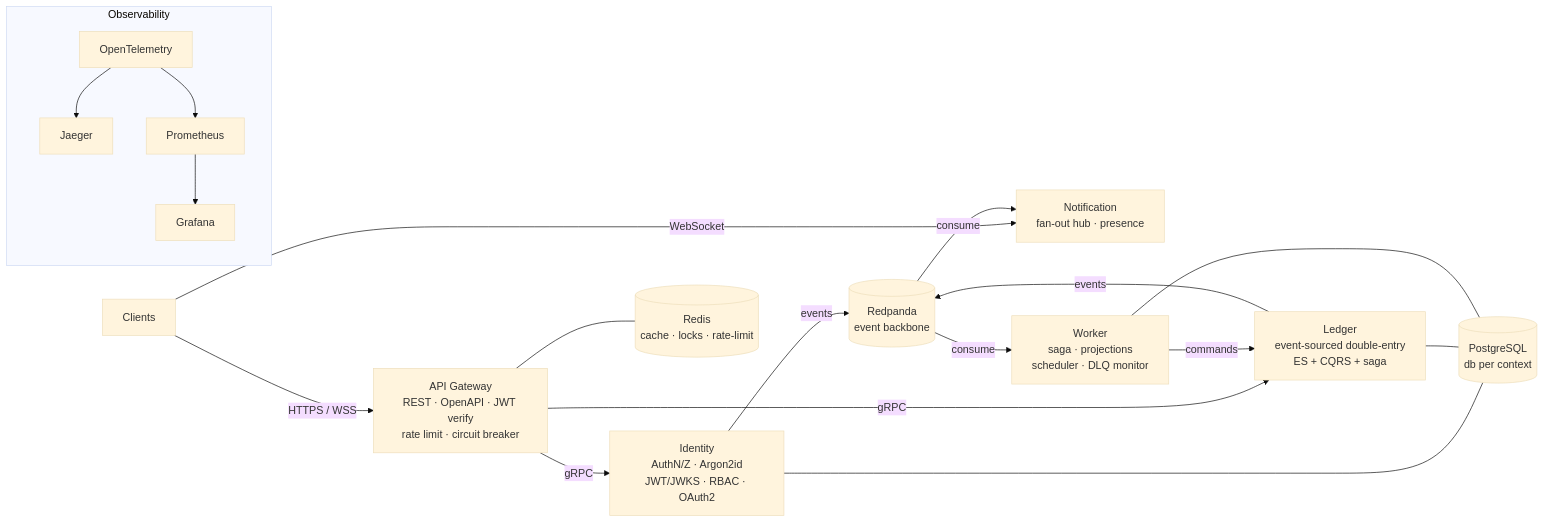
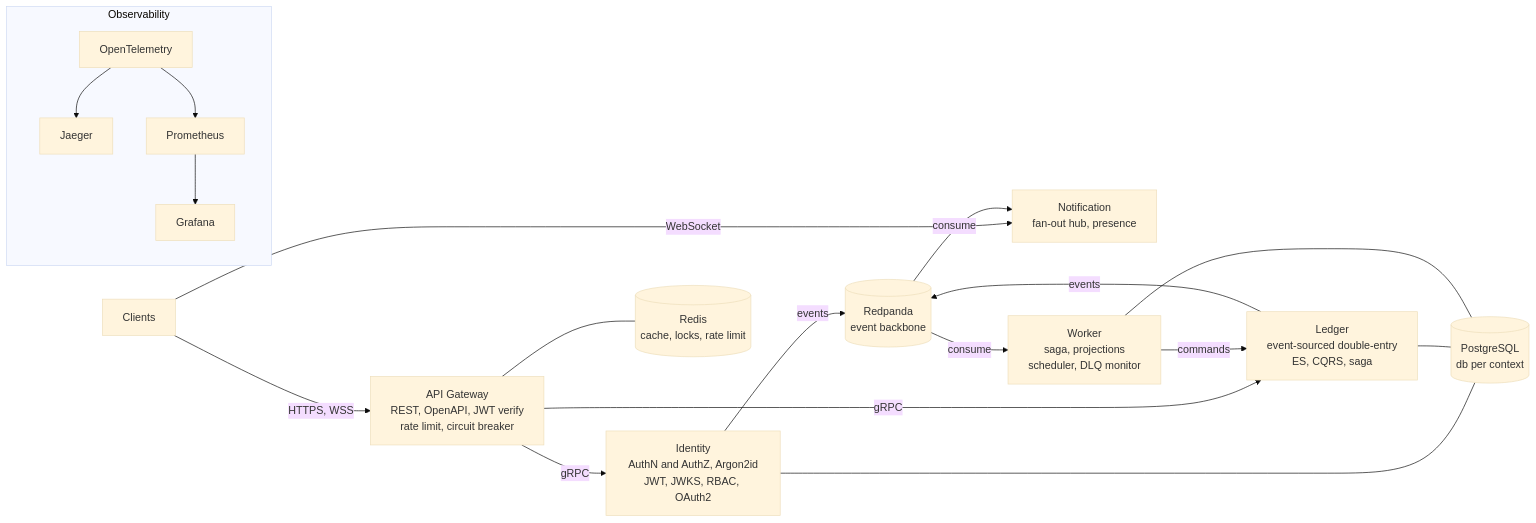
The first of 2 diagrams in README.md (mansiverma897993/Atlas), drawn with Mermaid (base theme) before and after one commit. The commit also changed other lines of this file and 2 other files, not shown here.

Commit message:
Fix CI failures and GitHub Mermaid rendering
- ci: drop APP__LOG__FORMAT=json from the test job env — it shadowed the
  file layer asserted by config's file_layer_is_read test
- deps: cargo update crossbeam-epoch 0.9.18 -> 0.9.20 (RUSTSEC-2026-0204),
  num-bigint 0.4.7 -> 0.4.8 and spin 0.9.8 -> 0.9.9 (yanked upstream)
- README: rewrite Mermaid diagrams with quoted labels and plain ASCII so
  GitHub renders them (was: 'unable to render rich display')

Verified: full workspace test suite passes locally (122 tests, 0 failures)
with the updated lockfile.

````diff
--- a/README.md
+++ b/README.md
@@ -49,24 +49,24 @@
 ```mermaid
 flowchart LR
-    C[Clients] -->|HTTPS / WSS| GW[API Gateway<br/>REST · OpenAPI · JWT verify<br/>rate limit · circuit breaker]
+    C["Clients"] -->|"HTTPS, WSS"| GW["API Gateway<br>REST, OpenAPI, JWT verify<br>rate limit, circuit breaker"]
 
-    GW -->|gRPC| ID[Identity<br/>AuthN/Z · Argon2id<br/>JWT/JWKS · RBAC · OAuth2]
-    GW -->|gRPC| LG[Ledger<br/>event-sourced double-entry<br/>ES + CQRS + saga]
-    C -->|WebSocket| NT[Notification<br/>fan-out hub · presence]
+    GW -->|"gRPC"| ID["Identity<br>AuthN and AuthZ, Argon2id<br>JWT, JWKS, RBAC, OAuth2"]
+    GW -->|"gRPC"| LG["Ledger<br>event-sourced double-entry<br>ES, CQRS, saga"]
+    C -->|"WebSocket"| NT["Notification<br>fan-out hub, presence"]
 
-    ID -- events --> BUS[(Redpanda<br/>event backbone)]
-    LG -- events --> BUS
-    BUS -- consume --> NT
-    BUS -- consume --> WK[Worker<br/>saga · projections<br/>scheduler · DLQ monitor]
-    WK -- commands --> LG
+    ID -->|"events"| BUS[("Redpanda<br>event backbone")]
+    LG -->|"events"| BUS
+    BUS -->|"consume"| NT
+    BUS -->|"consume"| WK["Worker<br>saga, projections<br>scheduler, DLQ monitor"]
+    WK -->|"commands"| LG
 
-    ID --- PG[(PostgreSQL<br/>db per context)]
+    ID --- PG[("PostgreSQL<br>db per context")]
     LG --- PG
     WK --- PG
-    GW --- RD[(Redis<br/>cache · locks · rate-limit)]
+    GW --- RD[("Redis<br>cache, locks, rate limit")]
 
-    subgraph Observability
-        OT[OpenTelemetry] --> JG[Jaeger]
-        OT --> PM[Prometheus] --> GF[Grafana]
+    subgraph OBS ["Observability"]
+        OT["OpenTelemetry"] --> JG["Jaeger"]
+        OT --> PM["Prometheus"] --> GF["Grafana"]
     end
 ```
````
